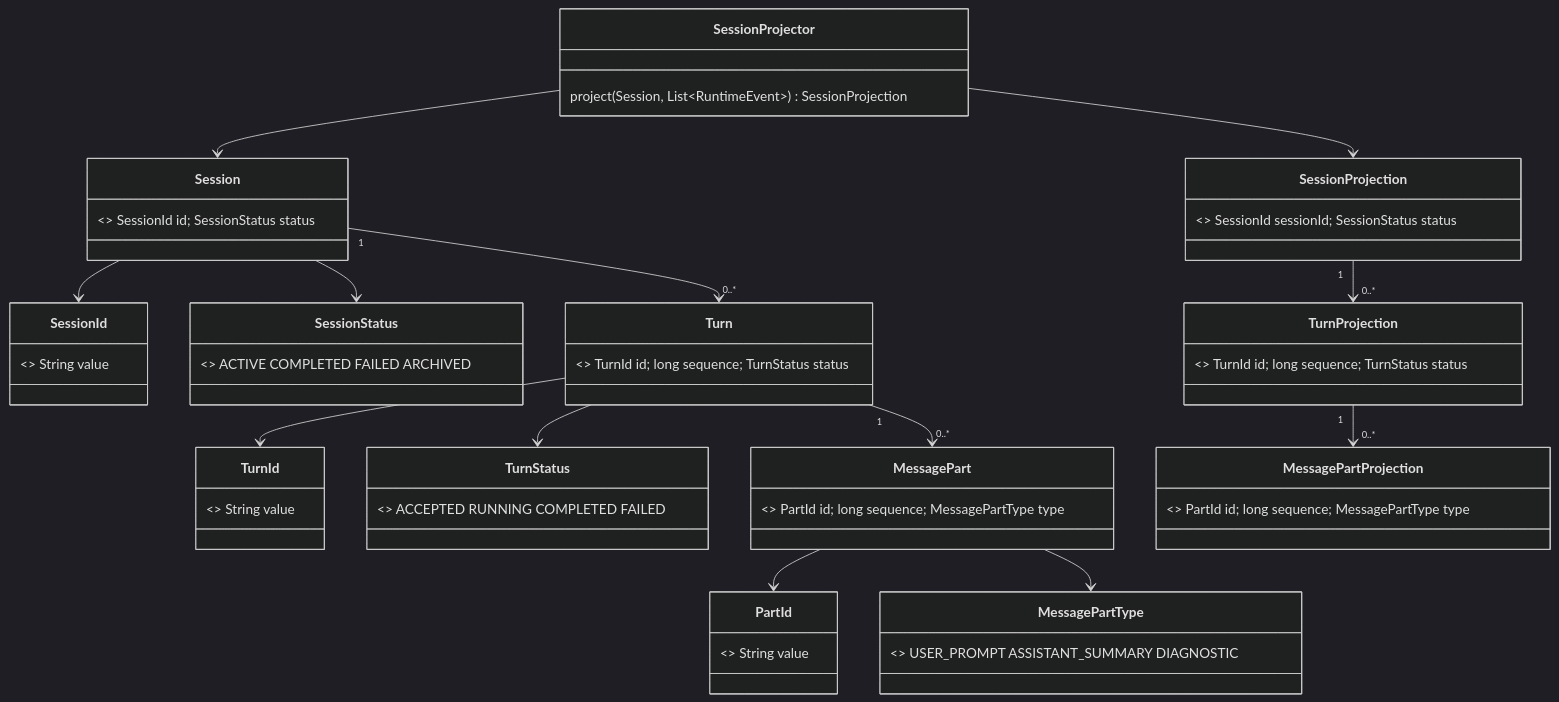
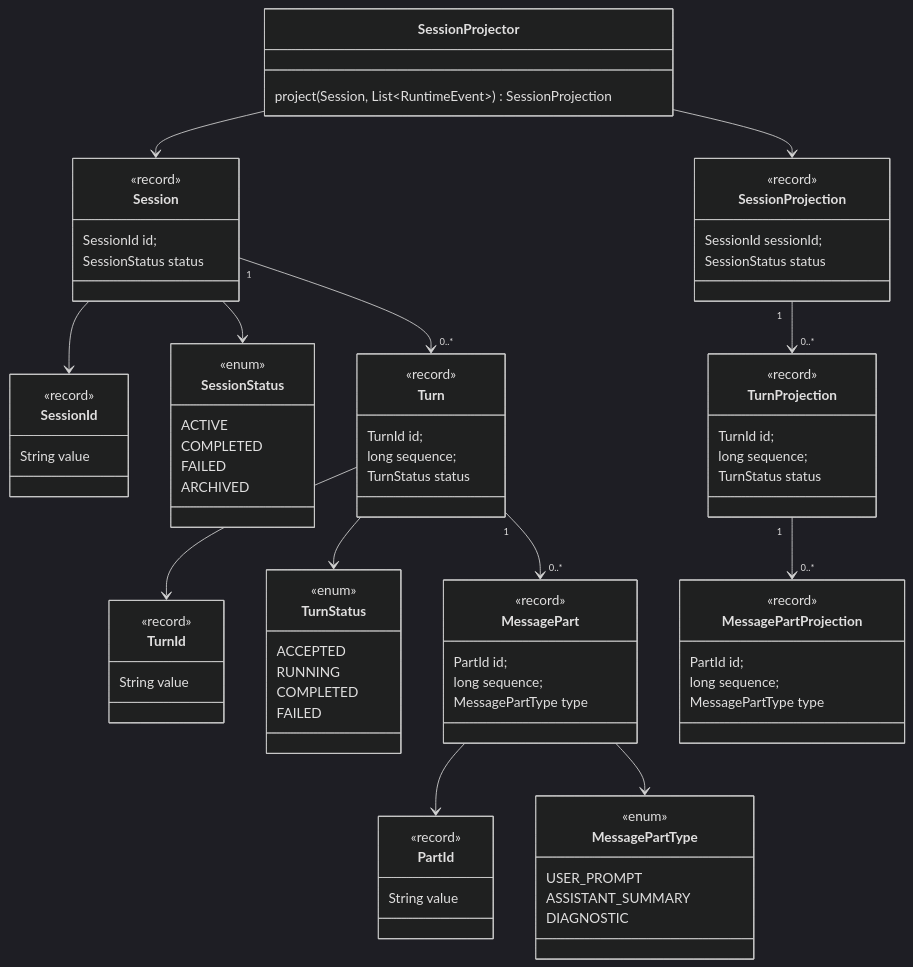
One commit to codegeist-ai/codegeist changed the third of 5 diagrams in docs/developer/implementation/runtime-session-event-core-implementation.md. Above: the diagram before and after it, drawn with Mermaid (dark theme). The commit also changed other lines of this file and 17 other files, not shown here.

First line of the commit message:
docs(diagrams): format Mermaid class bodies

````diff
--- a/docs/developer/implementation/runtime-session-event-core-implementation.md
+++ b/docs/developer/implementation/runtime-session-event-core-implementation.md
@@ -162,18 +211,74 @@
 ```mermaid
 classDiagram
-    class SessionId { <<record>> String value }
-    class TurnId { <<record>> String value }
-    class PartId { <<record>> String value }
-    class SessionStatus { <<enum>> ACTIVE COMPLETED FAILED ARCHIVED }
-    class TurnStatus { <<enum>> ACCEPTED RUNNING COMPLETED FAILED }
-    class MessagePartType { <<enum>> USER_PROMPT ASSISTANT_SUMMARY DIAGNOSTIC }
-    class MessagePart { <<record>> PartId id; long sequence; MessagePartType type }
-    class Turn { <<record>> TurnId id; long sequence; TurnStatus status }
-    class Session { <<record>> SessionId id; SessionStatus status }
-    class MessagePartProjection { <<record>> PartId id; long sequence; MessagePartType type }
-    class TurnProjection { <<record>> TurnId id; long sequence; TurnStatus status }
-    class SessionProjection { <<record>> SessionId sessionId; SessionStatus status }
-    class SessionProjector { project(Session, List~RuntimeEvent~) SessionProjection }
+    class SessionId {
+      <<record>>
+      String value
+    }
+    class TurnId {
+      <<record>>
+      String value
+    }
+    class PartId {
+      <<record>>
+      String value
+    }
+    class SessionStatus {
+      <<enum>>
+      ACTIVE
+      COMPLETED
+      FAILED
+      ARCHIVED
+    }
+    class TurnStatus {
+      <<enum>>
+      ACCEPTED
+      RUNNING
+      COMPLETED
+      FAILED
+    }
+    class MessagePartType {
+      <<enum>>
+      USER_PROMPT
+      ASSISTANT_SUMMARY
+      DIAGNOSTIC
+    }
+    class MessagePart {
+      <<record>>
+      PartId id;
+      long sequence;
+      MessagePartType type
+    }
+    class Turn {
+      <<record>>
+      TurnId id;
+      long sequence;
+      TurnStatus status
+    }
+    class Session {
+      <<record>>
+      SessionId id;
+      SessionStatus status
+    }
+    class MessagePartProjection {
+      <<record>>
+      PartId id;
+      long sequence;
+      MessagePartType type
+    }
+    class TurnProjection {
+      <<record>>
+      TurnId id;
+      long sequence;
+      TurnStatus status
+    }
+    class SessionProjection {
+      <<record>>
+      SessionId sessionId;
+      SessionStatus status
+    }
+    class SessionProjector {
+      project(Session, List~RuntimeEvent~) SessionProjection
+    }
 
     Session "1" --> "0..*" Turn
     Turn "1" --> "0..*" MessagePart
````
